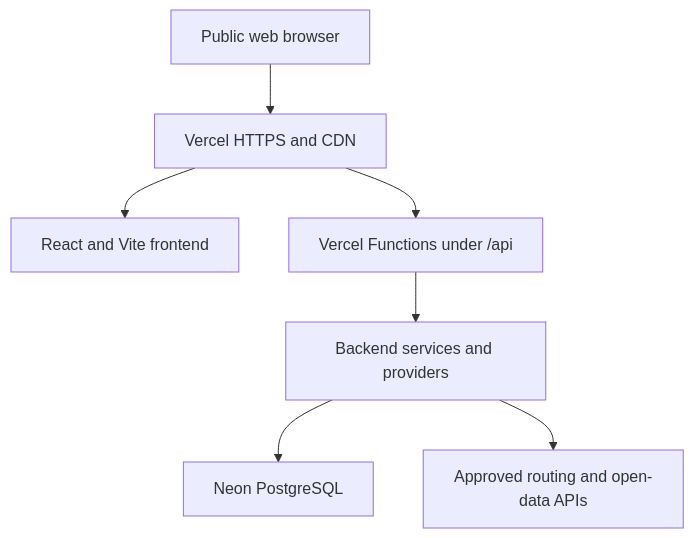
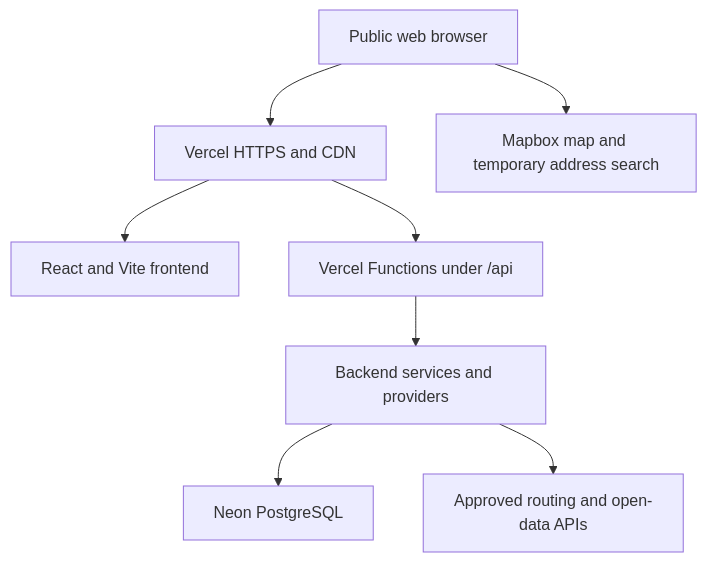
The diagram in README.md (Xiangzhonglong/FIT5120-TE15-Sensory-Friendly-Melbourne), drawn with Mermaid before and after one commit. The commit also changed other lines of this file and 12 other files, not shown here.

````diff
--- a/README.md
+++ b/README.md
@@ -84,9 +85,10 @@
 ```mermaid
 flowchart TD
     Browser["Public web browser"] --> Vercel["Vercel HTTPS and CDN"]
+    Browser --> MapboxBrowser["Mapbox map and temporary address search"]
     Vercel --> Frontend["React and Vite frontend"]
     Vercel --> Functions["Vercel Functions under /api"]
     Functions --> Backend["Backend services and providers"]
     Backend --> Neon["Neon PostgreSQL"]
     Backend --> External["Approved routing and open-data APIs"]
 ```
````
